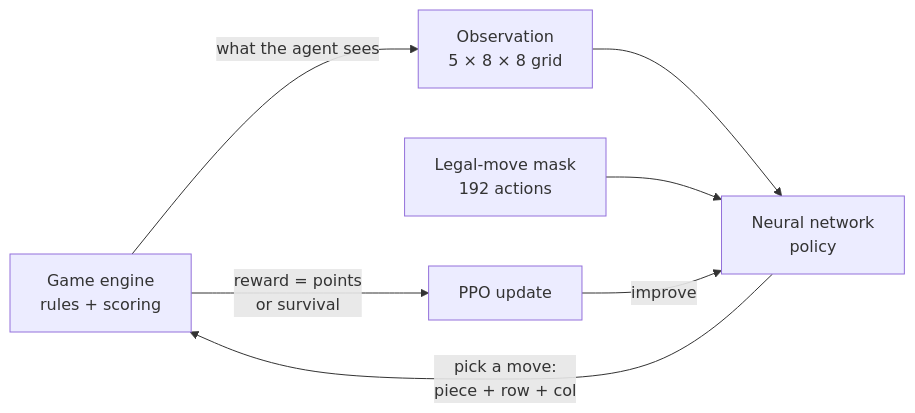
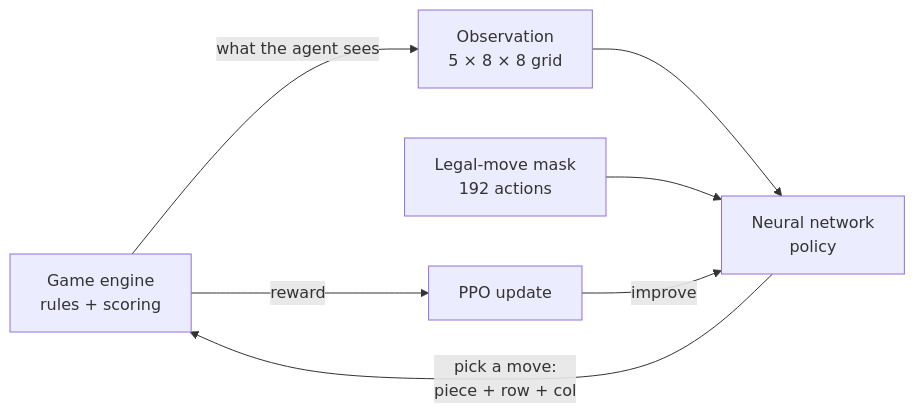
The diagram in README.md (Botkraker/block-blast-AI), drawn with Mermaid before and after one commit. The commit also changed other lines of this file and 8 other files, not shown here.

````diff
--- a/README.md
+++ b/README.md
@@ -128,9 +121,9 @@
 ```mermaid
 flowchart LR
     G[Game engine<br/>rules + scoring] -->|what the agent sees| O[Observation<br/>5 × 8 × 8 grid]
     O --> N[Neural network<br/>policy]
     M[Legal-move mask<br/>192 actions] --> N
     N -->|pick a move:<br/>piece + row + col| G
-    G -->|reward = points<br/>or survival| P[PPO update]
+    G -->|reward| P[PPO update]
     P -->|improve| N
 ```
````
